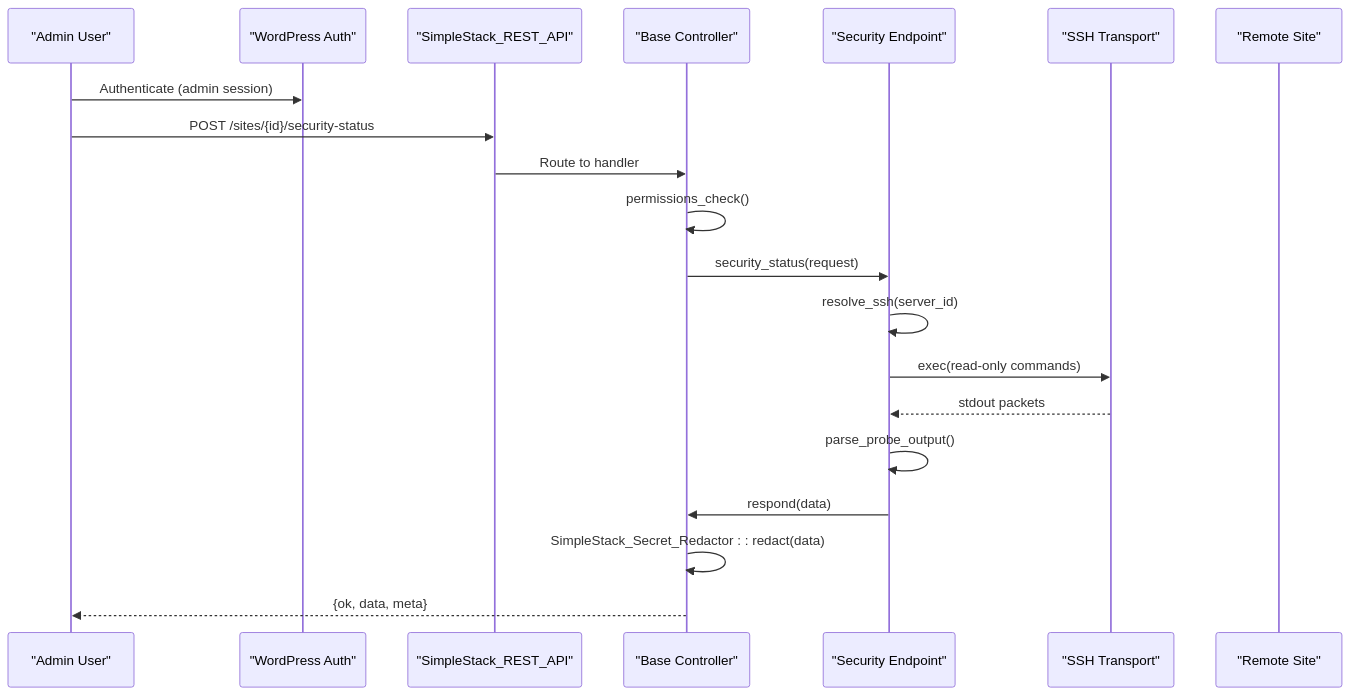
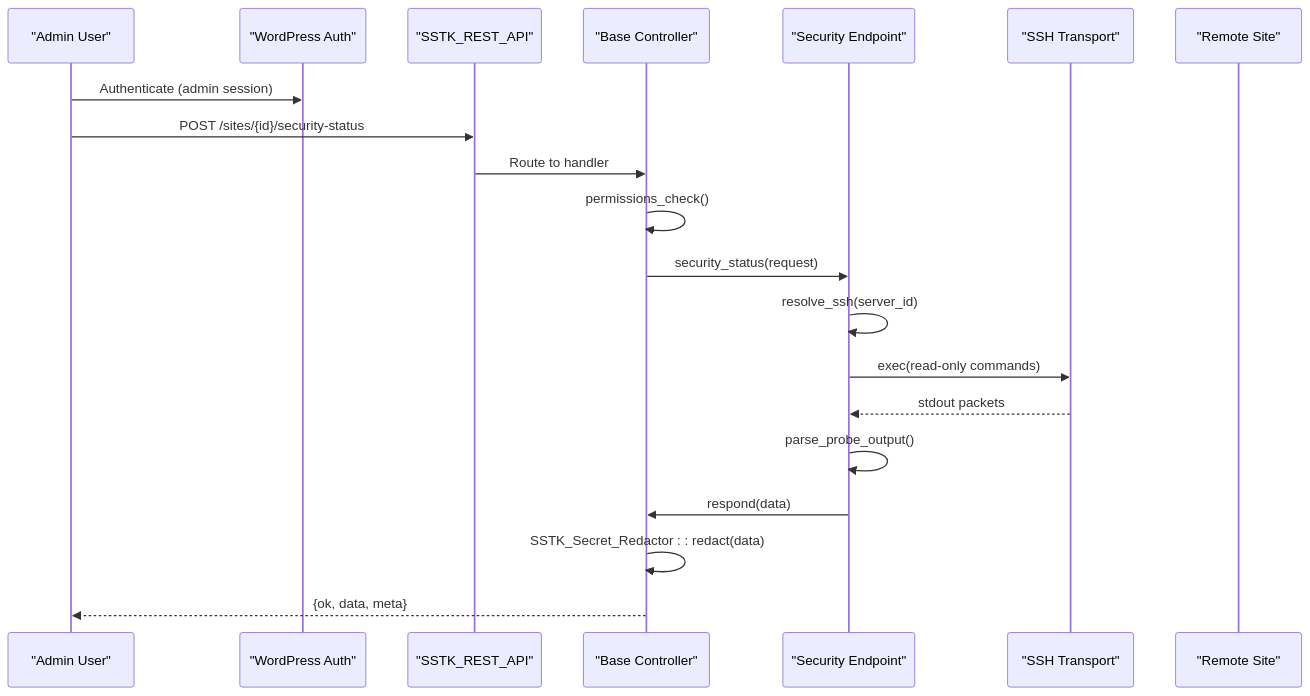
One commit to onedogsolutions/simple-stack changed the second of 9 diagrams in .qoder/repowiki/en/content/Security & Authentication/Security & Authentication.md. Above: the diagram before and after it, drawn with Mermaid. The commit also changed other lines of this file and 5941 other files, not shown here.

First line of the commit message:
refactor(core): rebrand WPCloudDeploy to Simple Stack with new namespaces and prefixes

````diff
--- a/.qoder/repowiki/en/content/Security & Authentication/Security & Authentication.md
+++ b/.qoder/repowiki/en/content/Security & Authentication/Security & Authentication.md
@@ -102,22 +121,22 @@
 ```mermaid
 sequenceDiagram
 participant Admin as "Admin User"
 participant WP as "WordPress Auth"
-participant API as "SimpleStack_REST_API"
+participant API as "SSTK_REST_API"
 participant Base as "Base Controller"
 participant Sec as "Security Endpoint"
 participant SSH as "SSH Transport"
 participant Site as "Remote Site"
 Admin->>WP : Authenticate (admin session)
 Admin->>API : POST /sites/{id}/security-status
 API->>Base : Route to handler
 Base->>Base : permissions_check()
 Base->>Sec : security_status(request)
 Sec->>Sec : resolve_ssh(server_id)
 Sec->>SSH : exec(read-only commands)
 SSH-->>Sec : stdout packets
 Sec->>Sec : parse_probe_output()
 Sec->>Base : respond(data)
-Base->>Base : SimpleStack_Secret_Redactor : : redact(data)
+Base->>Base : SSTK_Secret_Redactor : : redact(data)
 Base-->>Admin : {ok, data, meta}
 ```
````
